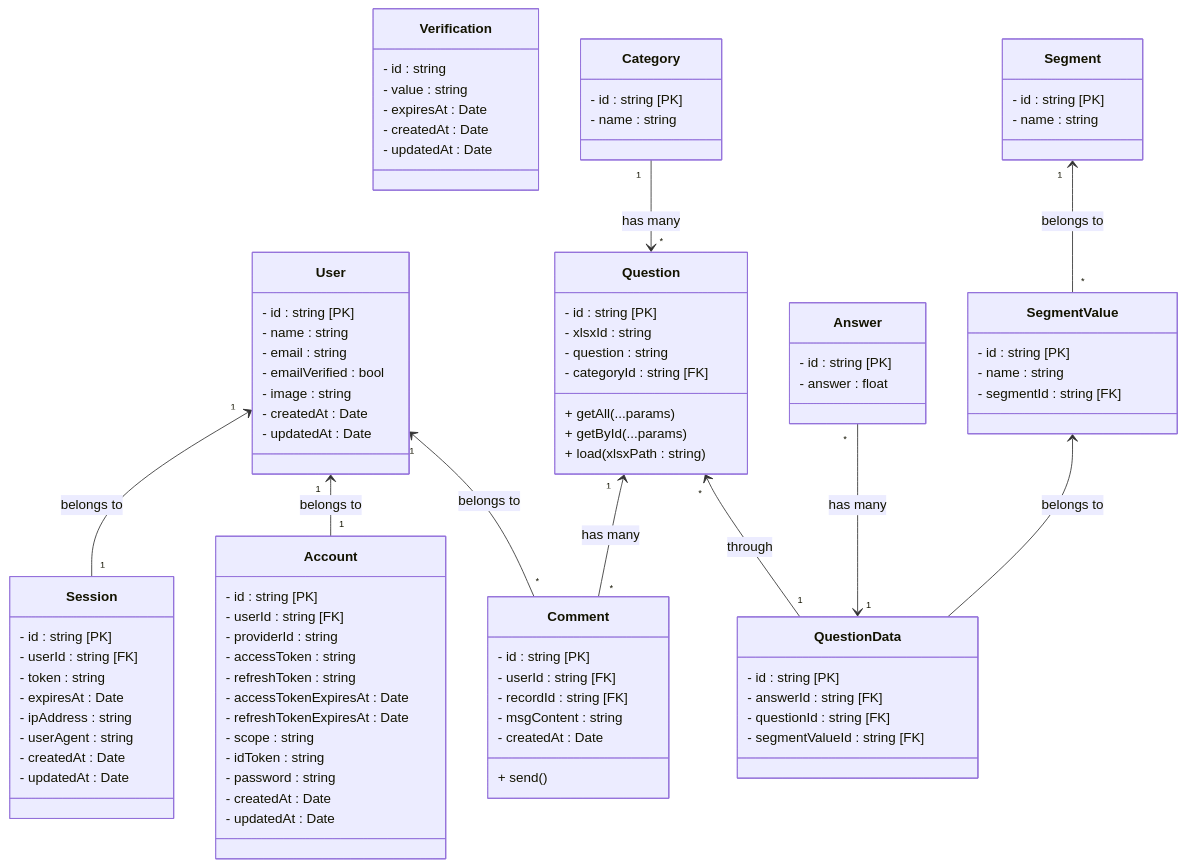
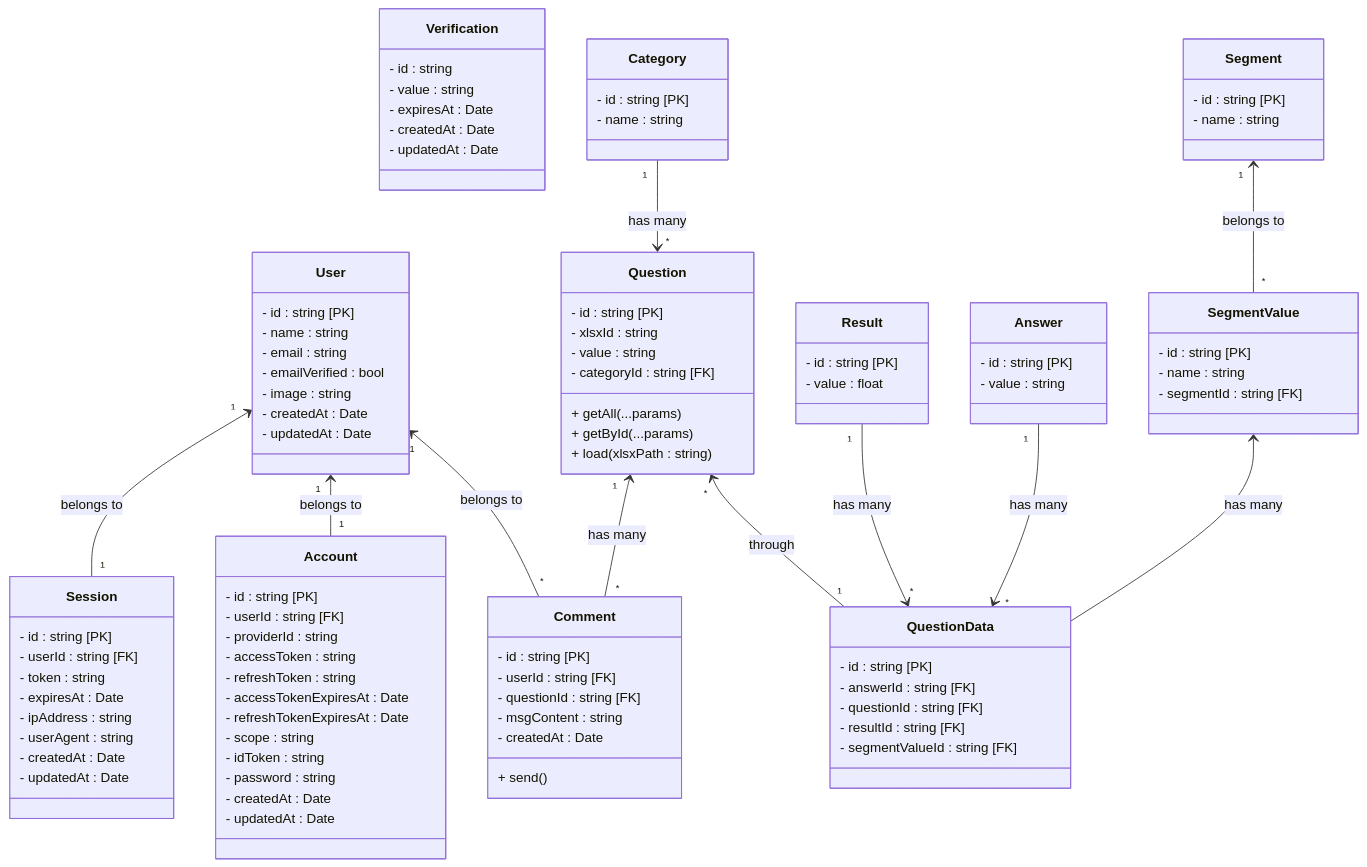
The diagram in docs/system-classDiagram.mmd (DaifMX/ITESM_Jalisco_Como_Vamos), drawn with Mermaid before and after one commit. The commit also changed 16 other files, not shown here.

First line of the commit message:
@jcv/api - add(schemas): System schemas based on XLSX, all done. Tests pending. And insertion test pending.

```diff
--- a/docs/system-classDiagram.mmd
+++ b/docs/system-classDiagram.mmd
@@ -1,107 +1,114 @@
 %% Implementado por Daif
 
 classDiagram
     User "1" <-- "1" Session : belongs to
     User "1" <-- "1" Account : belongs to
     User "1" <-- "*" Comment : belongs to
 
     class Verification {
         - id : string
         - value : string
         - expiresAt : Date
         - createdAt : Date
         - updatedAt : Date
     }
 
     class User {
         - id : string [PK]
         - name : string
         - email : string
         - emailVerified : bool
         - image : string
         - createdAt : Date
         - updatedAt : Date
     }
 
     class Session {
         - id : string [PK]
         - userId : string [FK]
         - token : string
         - expiresAt : Date
         - ipAddress : string
         - userAgent : string
         - createdAt : Date
         - updatedAt : Date
     }
 
     class Account {
         - id : string [PK]
         - userId : string [FK]
         - providerId : string
         - accessToken : string
         - refreshToken : string
         - accessTokenExpiresAt : Date
         - refreshTokenExpiresAt : Date
         - scope : string
         - idToken : string
         - password : string
         - createdAt : Date
         - updatedAt : Date
     }
 
     %% Versión normalizada de XLSX a SQL
     
     Question"1" <--"*" Comment : has many
     Question"*" <-- "1" QuestionData : through
     Category"1" --> "*" Question : has many
-    Answer "*" --> "1" QuestionData : has many
+    Result "1" --> "*" QuestionData : has many
+    Answer "1" --> "*" QuestionData : has many
 
     class Category {
         - id : string [PK]
         - name : string
     }
 
     class Question {
         - id : string [PK]
         - xlsxId : string
-        - question : string
+        - value : string
         - categoryId : string [FK]
         + getAll(...params)
         + getById(...params)
         + load(xlsxPath : string)
     }
 
+    class Answer {
+        - id : string [PK]
+        - value : string
+    }
+
     class QuestionData {
         - id : string [PK]
         - answerId : string [FK]
         - questionId : string [FK]
+        - resultId : string [FK]
         - segmentValueId : string [FK]
     }
 
     Segment"1" <-- "*" SegmentValue : belongs to
-    SegmentValue <-- QuestionData : belongs to
+    SegmentValue <-- QuestionData : has many
 
     class Segment {
         - id : string [PK]
         - name : string
     }
 
     class SegmentValue {
         - id : string [PK]
         - name : string
         - segmentId : string [FK]
     }
 
-    class Answer {
+    class Result {
         - id : string [PK]
-        - answer : float
+        - value : float
     }
 
     class Comment {
         - id : string [PK]
         - userId : string [FK]
-        - recordId : string [FK]
+        - questionId : string [FK]
         - msgContent : string
         - createdAt : Date
         + send()
     }
```
